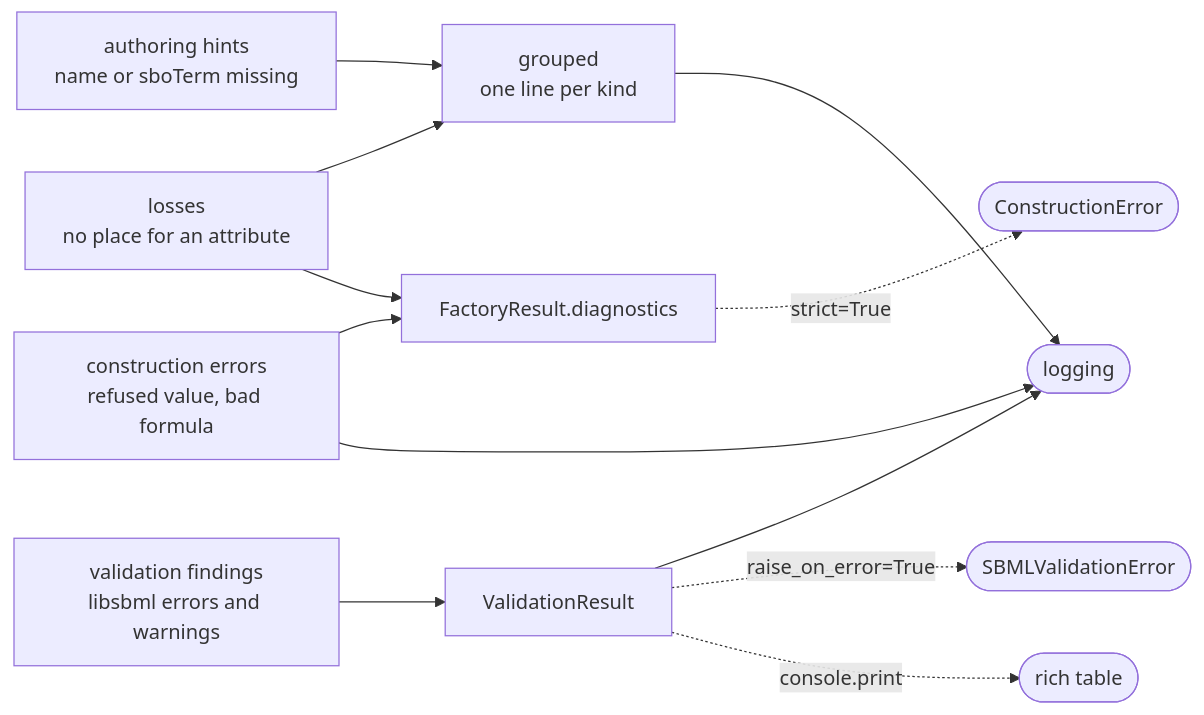
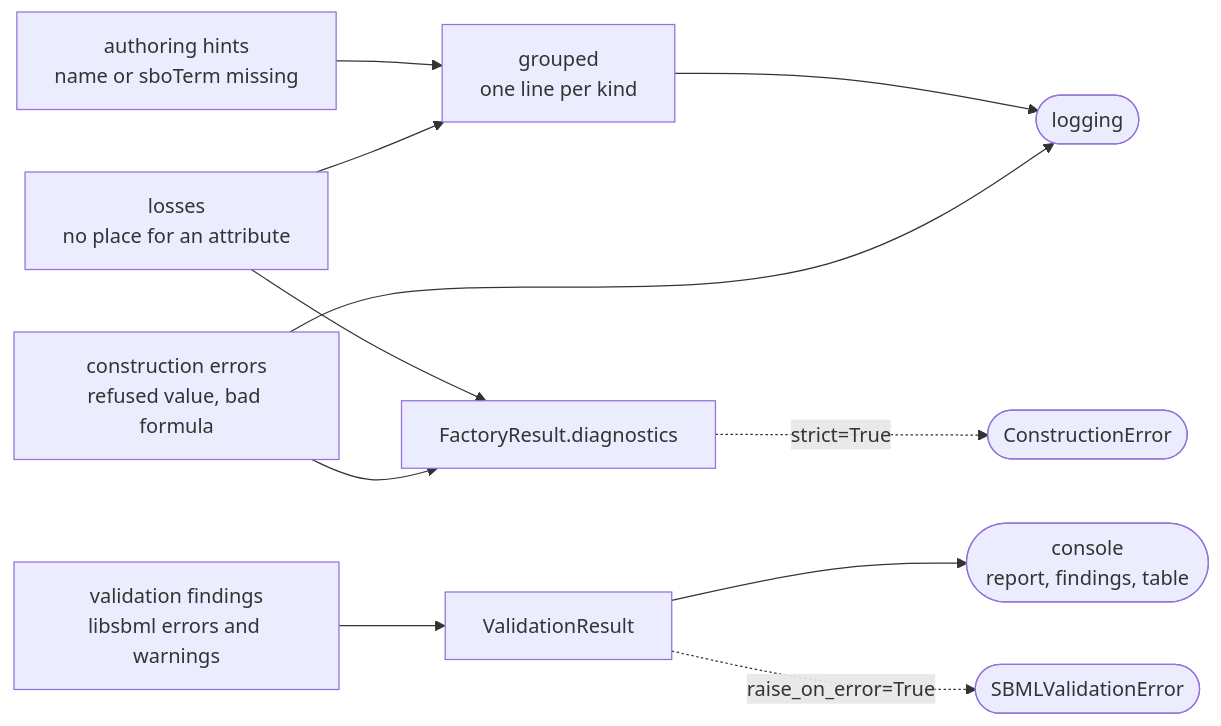
The fourth of 5 diagrams in docs/architecture.md (matthiaskoenig/sbmlutils), drawn with Mermaid before and after one commit. The commit also changed other lines of this file and 34 other files, not shown here.

First line of the commit message:
Print output on the rich console, keep logging for problems

````diff
--- a/docs/architecture.md
+++ b/docs/architecture.md
@@ -84,27 +89,26 @@
 ```mermaid
 flowchart LR
     h["authoring hints<br/>name or sboTerm missing"]
     l["losses<br/>no place for an attribute"]
     e["construction errors<br/>refused value, bad formula"]
     v["validation findings<br/>libsbml errors and warnings"]
 
     g["grouped<br/>one line per kind"]
     d["FactoryResult.diagnostics"]
     r["ValidationResult"]
     log(["logging"])
+    out(["console<br/>report, findings, table"])
     ce(["ConstructionError"])
     ve(["SBMLValidationError"])
-    t(["rich table"])
 
     h --> g
     l --> g
     l --> d
     e --> d
     g --> log
     e --> log
     d -. "strict=True" .-> ce
     v --> r
-    r --> log
+    r --> out
     r -. "raise_on_error=True" .-> ve
-    r -. "console.print" .-> t
 ```
````
